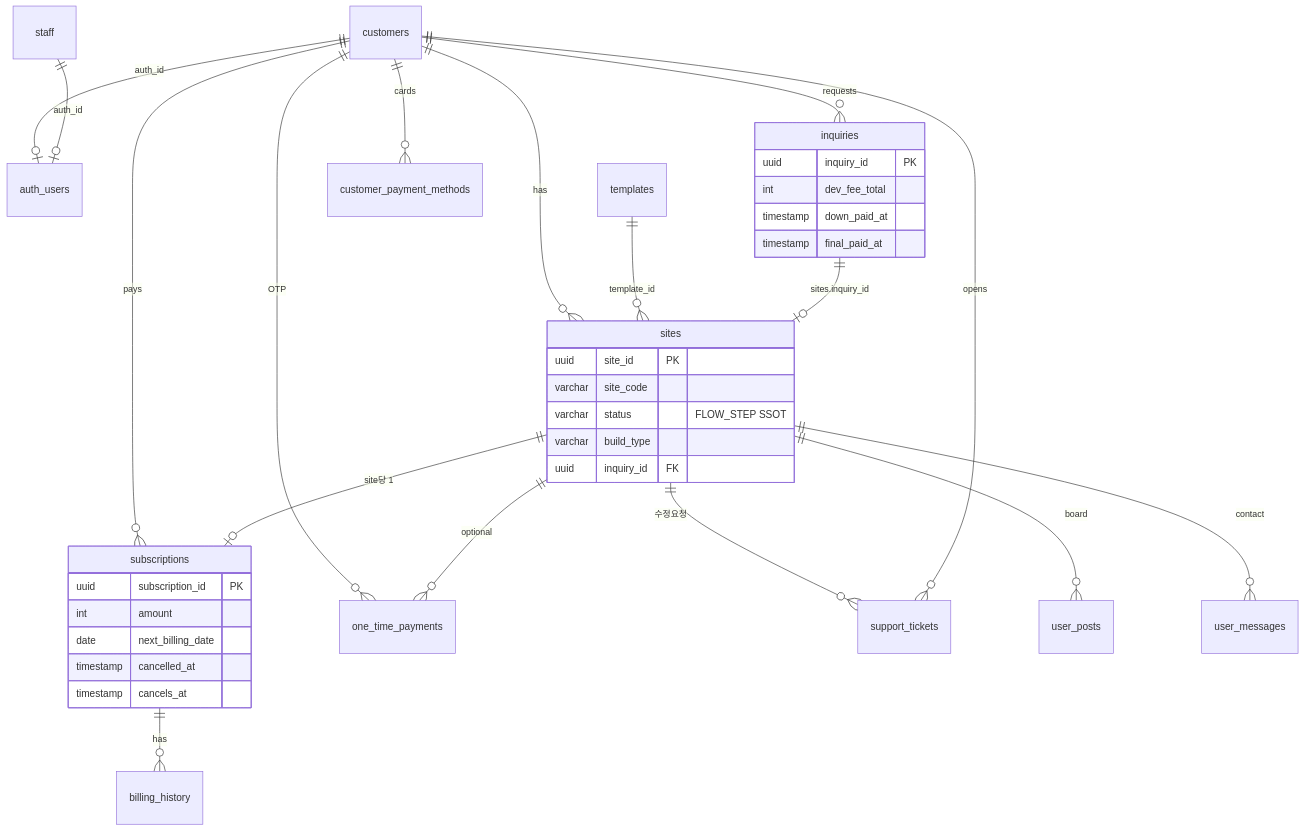
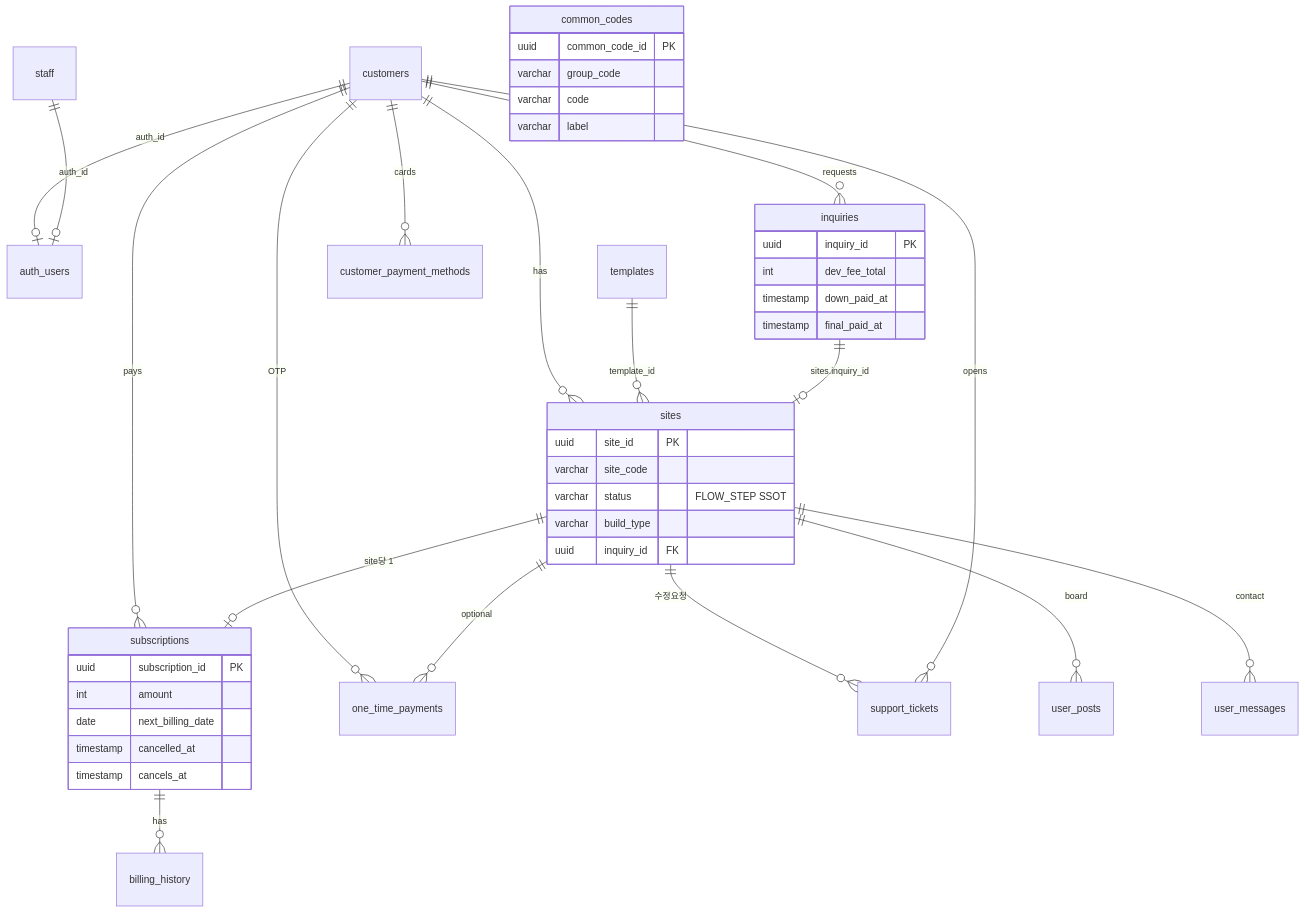
One commit to oksusoo1/homepageDev changed the diagram in my-platform/docs/db/ERD.md. Above: the diagram before and after it, drawn with Mermaid. The commit also changed other lines of this file and 22 other files, not shown here.

````diff
--- a/my-platform/docs/db/ERD.md
+++ b/my-platform/docs/db/ERD.md
@@ -10,42 +10,48 @@
 ```mermaid
 erDiagram
   customers ||--o{ sites : has
   customers ||--o| auth_users : auth_id
   staff ||--o| auth_users : auth_id
   templates ||--o{ sites : template_id
   inquiries ||--o| sites : "sites.inquiry_id"
   customers ||--o{ inquiries : requests
   customers ||--o{ subscriptions : pays
   sites ||--o| subscriptions : "site당 1"
   subscriptions ||--o{ billing_history : has
   customers ||--o{ one_time_payments : OTP
   sites ||--o{ one_time_payments : optional
   customers ||--o{ customer_payment_methods : cards
   sites ||--o{ support_tickets : 수정요청
   customers ||--o{ support_tickets : opens
   sites ||--o{ user_posts : board
   sites ||--o{ user_messages : contact
+  common_codes {
+    uuid common_code_id PK
+    varchar group_code
+    varchar code
+    varchar label
+  }
 
   sites {
     uuid site_id PK
     varchar site_code
     varchar status "FLOW_STEP SSOT"
     varchar build_type
     uuid inquiry_id FK
   }
 
   inquiries {
     uuid inquiry_id PK
     int dev_fee_total
     timestamp down_paid_at
     timestamp final_paid_at
   }
 
   subscriptions {
     uuid subscription_id PK
     int amount
     date next_billing_date
     timestamp cancelled_at
     timestamp cancels_at
   }
 ```
````
